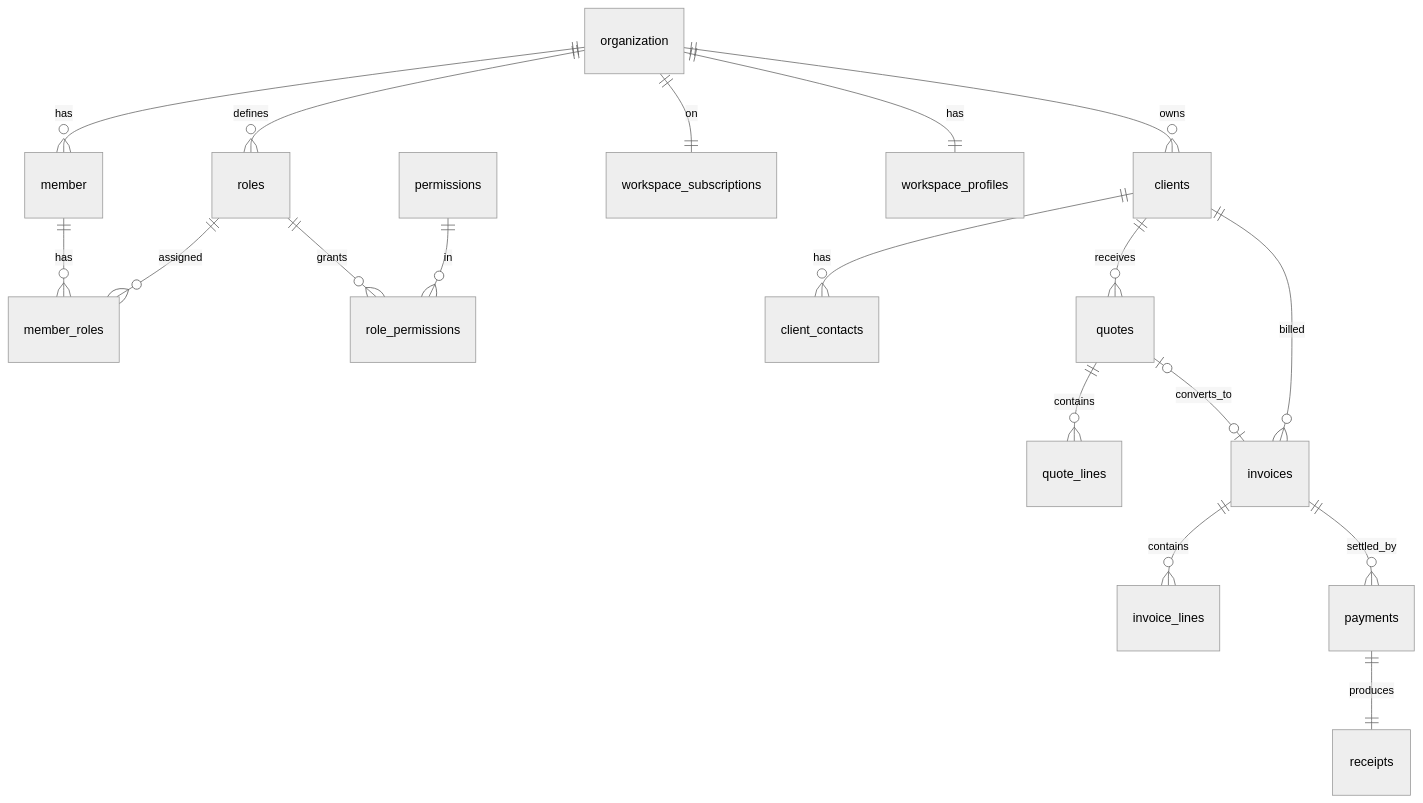
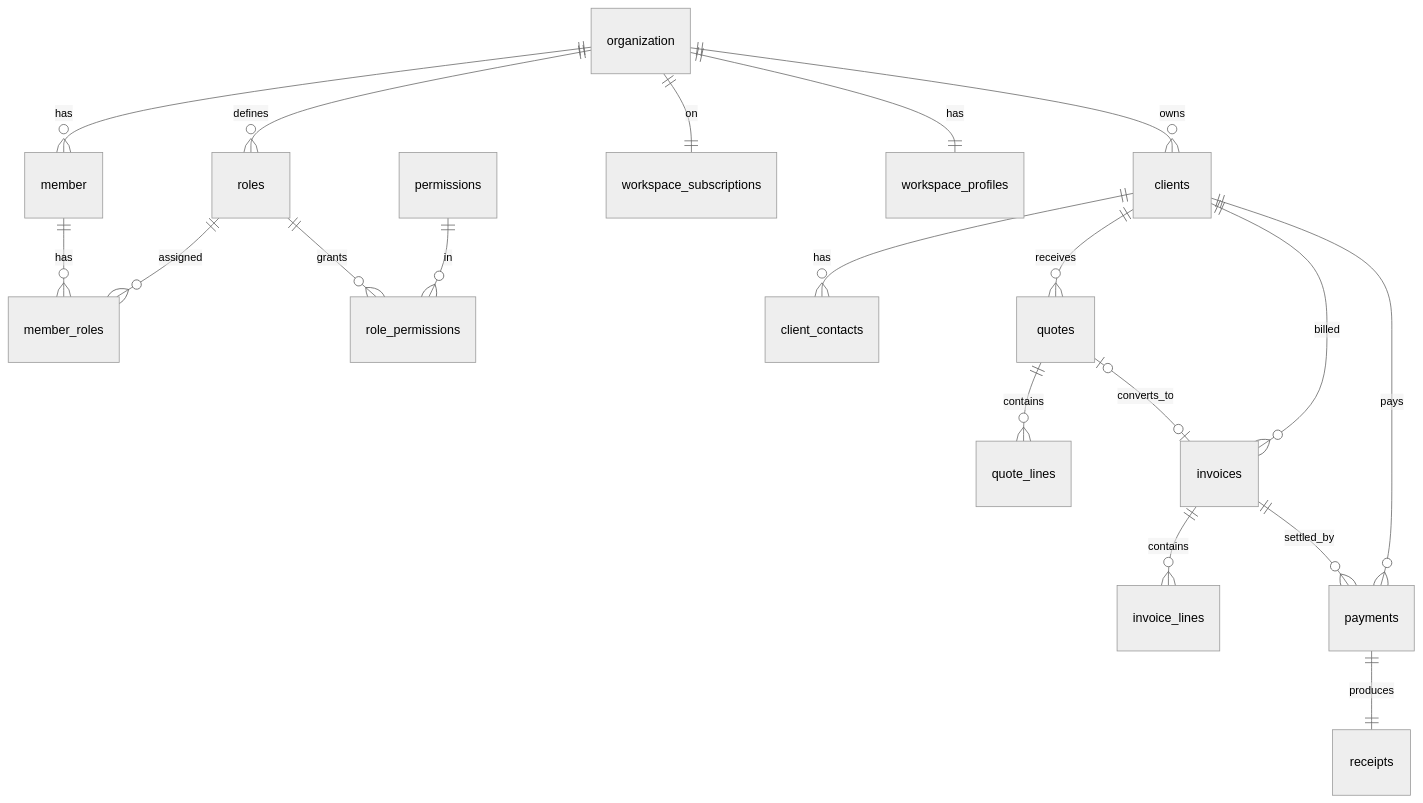
One commit to mixin27/billleaf changed the diagram in docs/architecture/data-model.md. Above: the diagram before and after it, drawn with Mermaid (neutral theme). The commit also changed other lines of this file and 30 other files, not shown here.

````diff
--- a/docs/architecture/data-model.md
+++ b/docs/architecture/data-model.md
@@ -87,20 +96,21 @@
 ```mermaid
 erDiagram
   organization ||--o{ member : has
   member ||--o{ member_roles : has
   roles ||--o{ member_roles : assigned
   roles ||--o{ role_permissions : grants
   permissions ||--o{ role_permissions : in
   organization ||--o{ roles : defines
   organization ||--|| workspace_subscriptions : on
   organization ||--|| workspace_profiles : has
   organization ||--o{ clients : owns
   clients ||--o{ client_contacts : has
   clients ||--o{ quotes : receives
   quotes ||--o{ quote_lines : contains
   clients ||--o{ invoices : billed
   quotes |o--o| invoices : converts_to
   invoices ||--o{ invoice_lines : contains
   invoices ||--o{ payments : settled_by
   payments ||--|| receipts : produces
+  clients ||--o{ payments : pays
 ```
````
